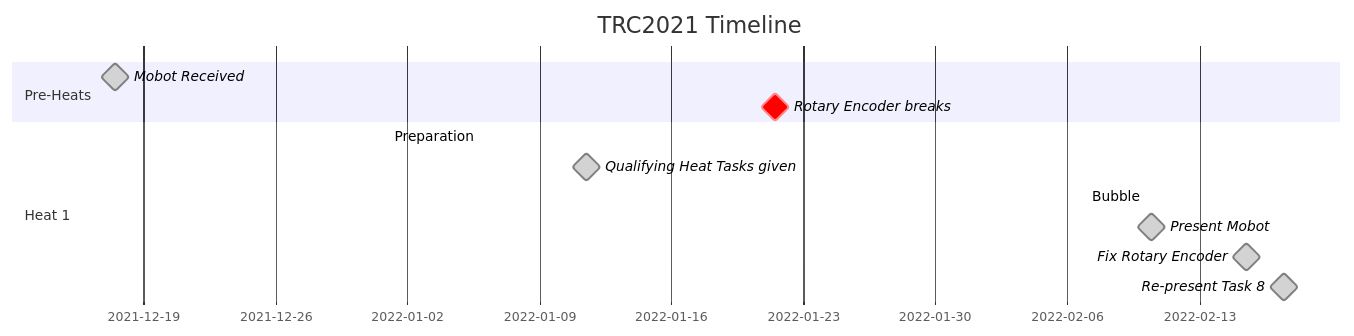
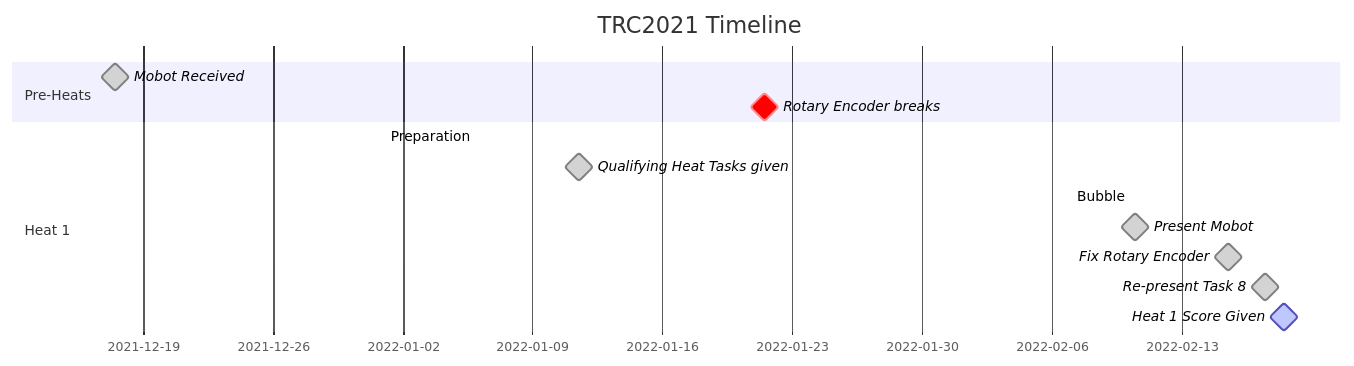
Before and after one commit to AthereoAndromeda/trc2021-mobot: the diagram in README.md, drawn with Mermaid. The commit also changed other lines of this file, not shown here.

````diff
--- a/README.md
+++ b/README.md
@@ -45,20 +45,21 @@
 ```mermaid
 gantt
 dateFormat YYY-MM-DD
 title TRC2021 Timeline
 
 section Pre-Heats
 
 Mobot Received          : done, milestone, 2021-12-17, 1d
 Rotary Encoder breaks   : crit, milestone, 2022-01-21, 1d
 
 
 section Heat 1
 
 Preparation             : des1, 2022-01-01, 2022-02-06
 Qualifying Heat Tasks given : done, milestone, 2022-01-11, 1d
 Bubble                  : des2, 2022-02-07, 2022-02-11
 Present Mobot           : done, milestone, 2022-02-10, 1d
 Fix Rotary Encoder      : done, milestone, 2022-02-15, 1d
 Re-present Task 8       : done, milestone, des5, 2022-02-17, 1d
+Heat 1 Score Given : active, milestone, 2022-02-18, 1d
 ```
````
